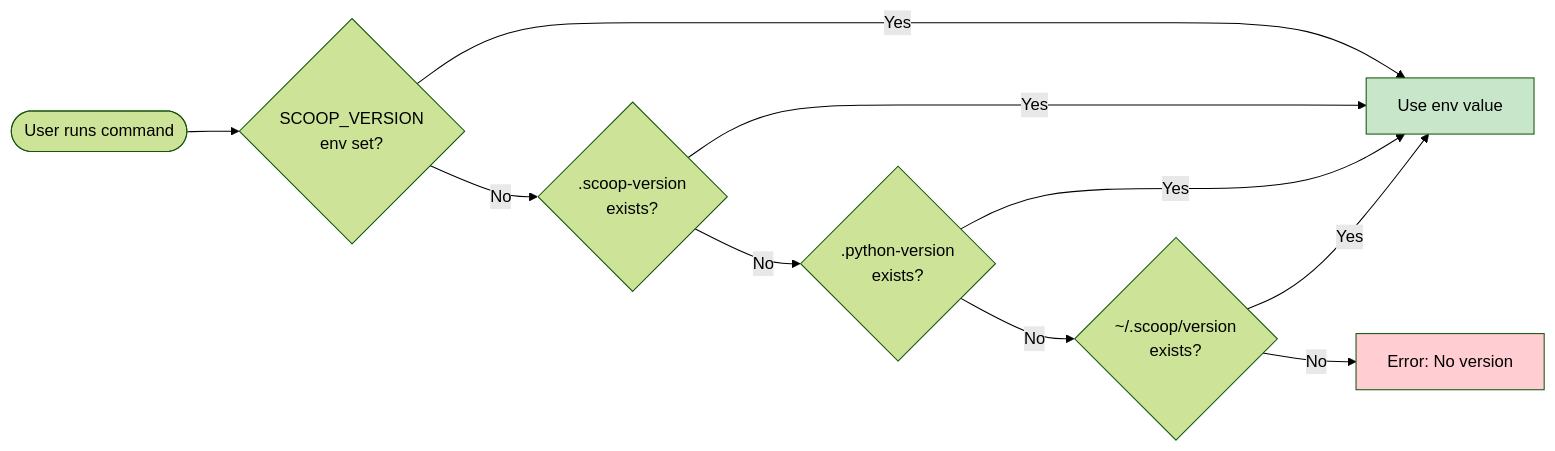
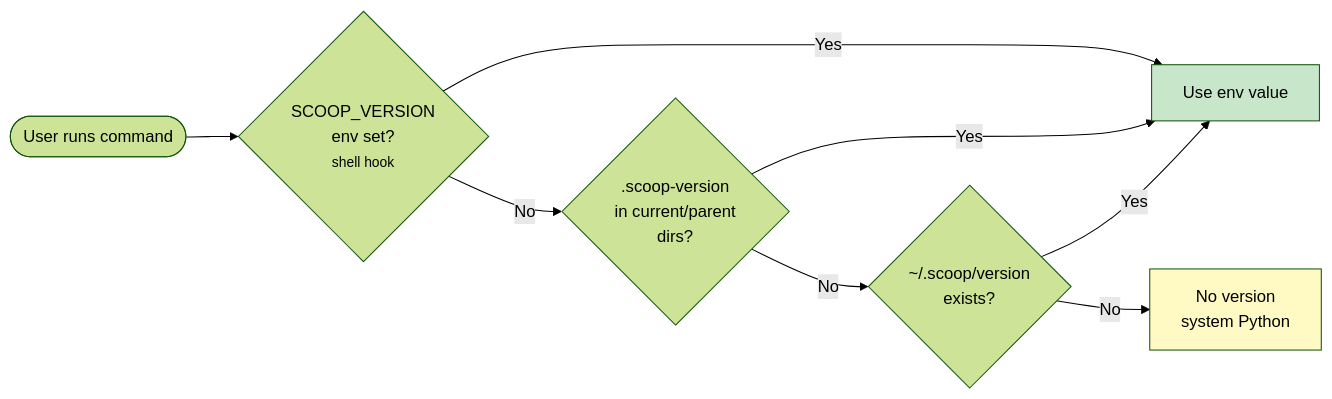
One commit to ai-screams/scoop-uv changed the fourth of 6 diagrams in docs/src/development/architecture.md. Above: the diagram before and after it, drawn with Mermaid (forest theme). The commit also changed other lines of this file and 3 other files, not shown here.

````diff
--- a/docs/src/development/architecture.md
+++ b/docs/src/development/architecture.md
@@ -193,15 +200,13 @@
 ```mermaid
 graph LR
-    Start([User runs command]) --> Env{SCOOP_VERSION<br/>env set?}
+    Start([User runs command]) --> Env{SCOOP_VERSION<br/>env set?<br/><small>shell hook</small>}
     Env -->|Yes| Use[Use env value]
-    Env -->|No| Local{.scoop-version<br/>exists?}
+    Env -->|No| Local{.scoop-version<br/>in current/parent<br/>dirs?}
     Local -->|Yes| Use
-    Local -->|No| Python{.python-version<br/>exists?}
-    Python -->|Yes| Use
-    Python -->|No| Global{~/.scoop/version<br/>exists?}
+    Local -->|No| Global{~/.scoop/version<br/>exists?}
     Global -->|Yes| Use
-    Global -->|No| Error[Error: No version]
+    Global -->|No| None[No version<br/>system Python]
 
     style Use fill:#c8e6c9
-    style Error fill:#ffcdd2
+    style None fill:#fff9c4
 ```
````
